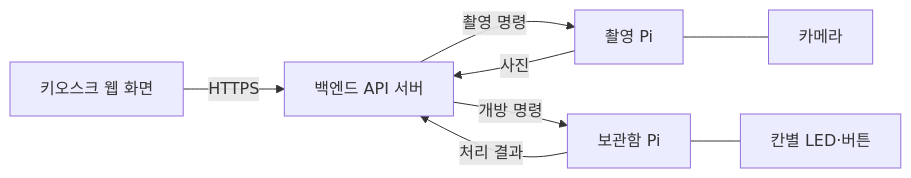
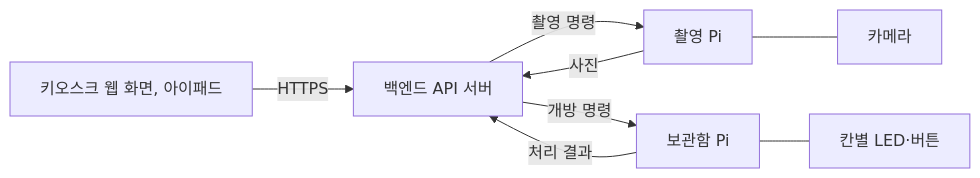
Before and after one commit to CloudAIoT/smart-lost-found: the diagram in raspberry-pi/README.md, drawn with Mermaid. The commit also changed other lines of this file and 2 other files, not shown here.

Commit message:
by 정형식 - 키오스크 화면을 아이패드로 바꾼 결정 기록 추가

````diff
--- a/raspberry-pi/README.md
+++ b/raspberry-pi/README.md
@@ -33,10 +34,10 @@
 ```mermaid
 flowchart LR
-    Screen[키오스크 웹 화면] -->|HTTPS| Backend[백엔드 API 서버]
+    Screen[키오스크 웹 화면, 아이패드] -->|HTTPS| Backend[백엔드 API 서버]
     Backend -->|촬영 명령| CapturePi[촬영 Pi]
     CapturePi -->|사진| Backend
     Backend -->|개방 명령| LockerPi[보관함 Pi]
     LockerPi -->|처리 결과| Backend
     CapturePi --- Camera[카메라]
     LockerPi --- Locker[칸별 LED·버튼]
 ```
````
